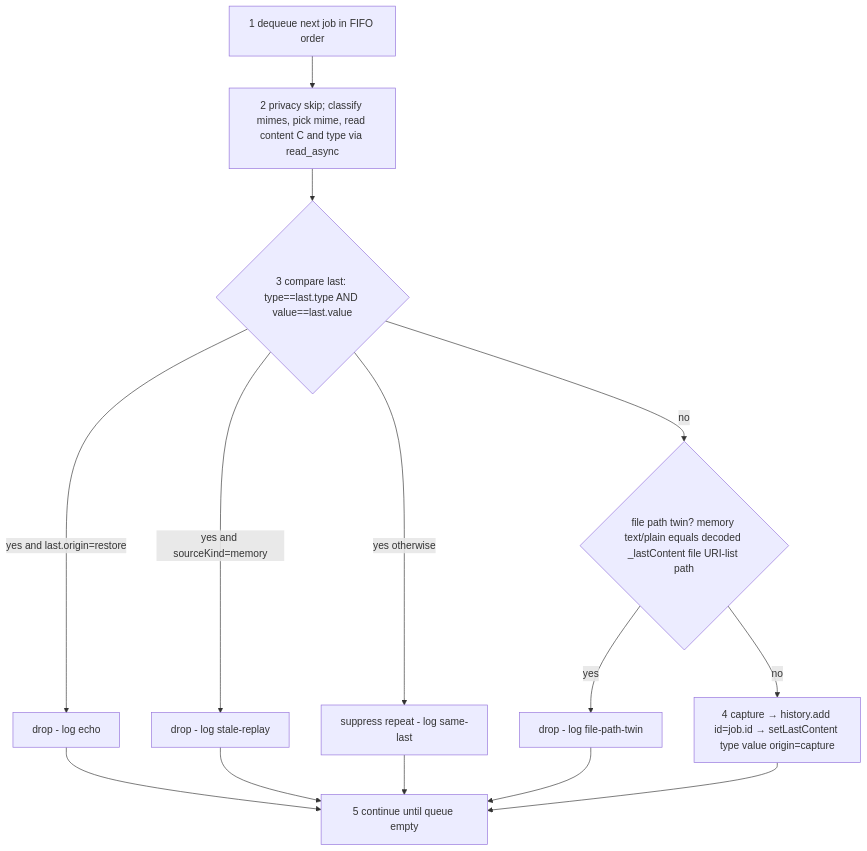
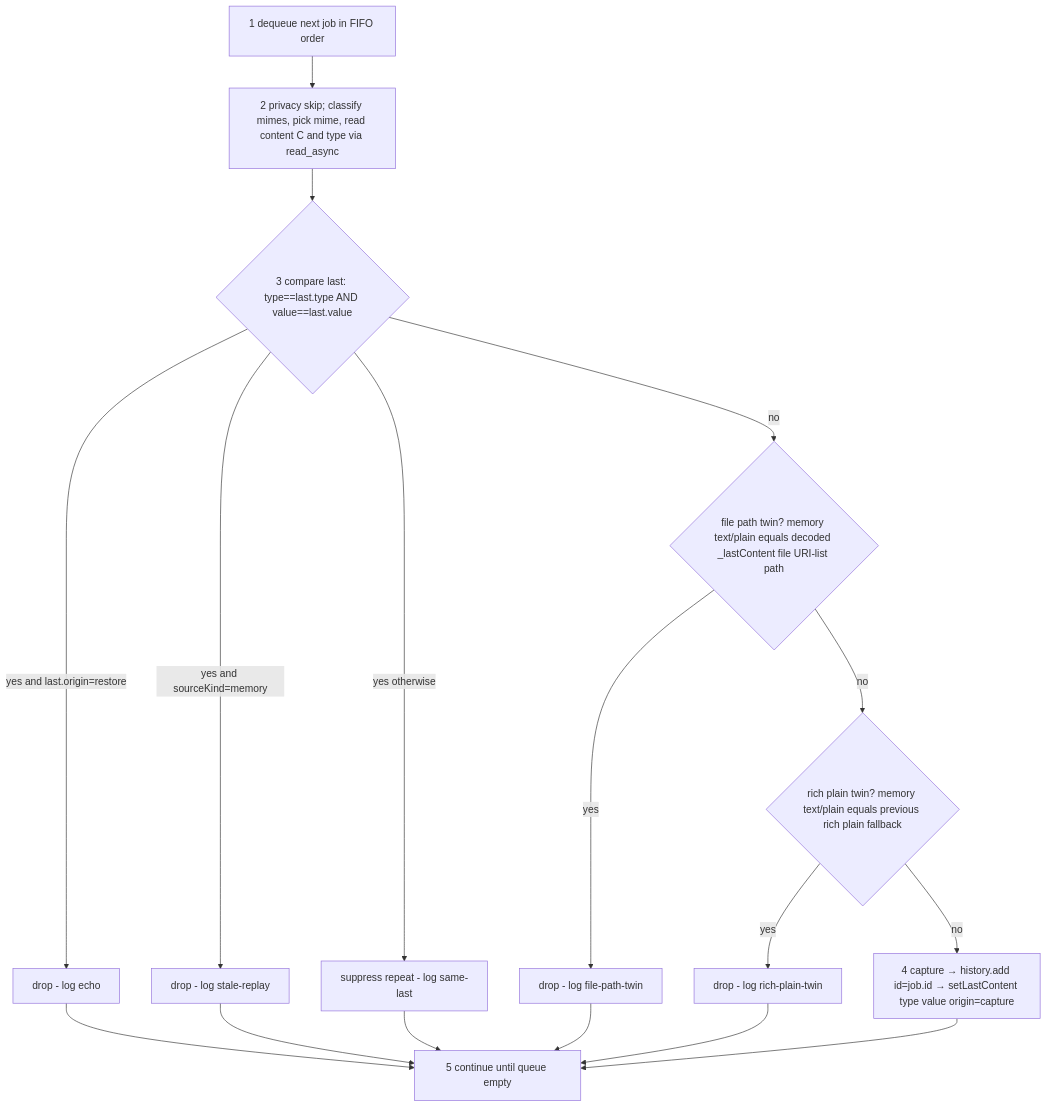
Before and after one commit to lumerix7/copy-gnome: the third of 3 diagrams in docs/03-clipboard/capture-pipeline.md, drawn with Mermaid. The commit also changed other lines of this file and 21 other files, not shown here.

First line of the commit message:
refactor(monitor,history,store,cli,docs): redesign capture pipeline with producer/consumer split and content-based drop

````diff
--- a/docs/03-clipboard/capture-pipeline.md
+++ b/docs/03-clipboard/capture-pipeline.md
@@ -142,16 +142,19 @@
 ```mermaid
 flowchart TD
     A["1 dequeue next job in FIFO order"] --> B["2 privacy skip; classify mimes, pick mime, read content C and type via read_async"]
     B --> C{"3 compare last: type==last.type AND value==last.value"}
     C -- "yes and last.origin=restore" --> X1["drop - log echo"]
     C -- "yes and sourceKind=memory" --> X2["drop - log stale-replay"]
     C -- "yes otherwise" --> X3["suppress repeat - log same-last"]
     C -- "no" --> D{"file path twin? memory text/plain equals decoded _lastContent file URI-list path"}
     D -- "yes" --> X4["drop - log file-path-twin"]
-    D -- "no" --> G["4 capture → history.add id=job.id → setLastContent type value origin=capture"]
+    D -- "no" --> E{"rich plain twin? memory text/plain equals previous rich plain fallback"}
+    E -- "yes" --> X5["drop - log rich-plain-twin"]
+    E -- "no" --> G["4 capture → history.add id=job.id → setLastContent type value origin=capture"]
     X1 --> H["5 continue until queue empty"]
     X2 --> H
     X3 --> H
     X4 --> H
+    X5 --> H
     G --> H
 ```
````
